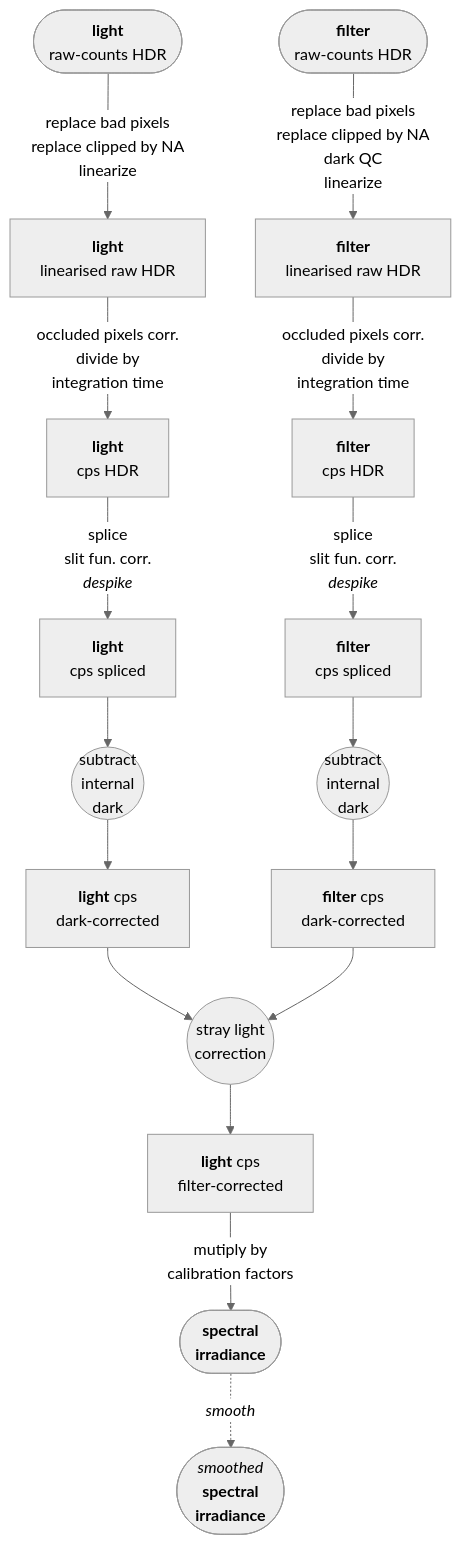
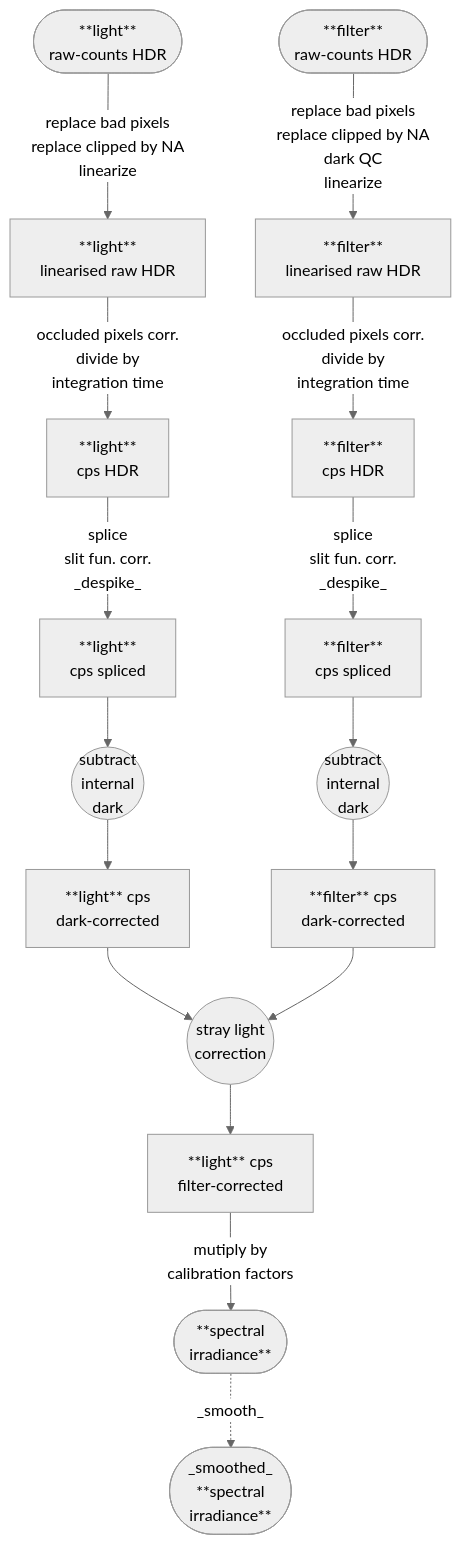
Before and after one commit to aphalo/r4p-blog: the fourth of 4 diagrams in pages/ooacquire-algorithms.qmd, drawn with Mermaid (neutral theme). The commit also changed other lines of this file and 8 other files, not shown here.

Commit message:
Update ooacquire algorithms Mermaid diagrams

````diff
--- a/pages/ooacquire-algorithms.qmd
+++ b/pages/ooacquire-algorithms.qmd
@@ -250,26 +250,26 @@
 ```{mermaid}
 %%| label: fig-data-flow-no-dark
 %%| fig-cap: Data flow for conversion of raw-counts into spectral irradiance when using the protocols `"lf"` or `"fl"`. The **dark** spectrum is never spliced as the longest integration time is the best across all wavelengths and used as is. QC stands for Quality Control and is applied to wavelengths expected to be subject only to dark noise.
 %%| fig-align: center
 %%| 
 flowchart TB
 
-lr([<b>light</b>\nraw-counts HDR]) --replace bad pixels\nreplace clipped by NA\nlinearize--> ll[<b>light</b>\nlinearised raw HDR]
--->|occluded pixels corr.\ndivide by\nintegration time| lc[<b>light</b>\ncps HDR] 
---splice\nslit fun. corr.\n<i>despike</i>--> l[<b>light</b>\ncps spliced]
+lr([**light**<br>raw-counts HDR]) --replace bad pixels<br>replace clipped by NA<br>linearize--> ll[**light**<br>linearised raw HDR]
+-->|occluded pixels corr.<br>divide by<br>integration time| lc[**light**<br>cps HDR] 
+--splice<br>slit fun. corr.<br>_despike_--> l[**light**<br>cps spliced]
 
-fr([<b>filter</b>\nraw-counts HDR]) --replace bad pixels\nreplace clipped by NA\ndark QC\nlinearize
---> fl[<b>filter</b>\nlinearised raw HDR]
--->|occluded pixels corr.\ndivide by\nintegration time| fc[<b>filter</b>\ncps HDR] 
---splice\nslit fun. corr.\n<i>despike</i>--> f[<b>filter</b>\ncps spliced]
+fr([**filter**<br>raw-counts HDR]) --replace bad pixels<br>replace clipped by NA<br>dark QC<br>linearize
+--> fl[**filter**<br>linearised raw HDR]
+-->|occluded pixels corr.<br>divide by<br>integration time| fc[**filter**<br>cps HDR] 
+--splice<br>slit fun. corr.<br>_despike_--> f[**filter**<br>cps spliced]
 
-l --> lm(("subtract\ninternal\ndark")) --> ldc[<b>light</b> cps\ndark-corrected]
-f --> fm(("subtract\ninternal\ndark")) --> fdc[<b>filter</b> cps\ndark-corrected]
+l --> lm(("subtract<br>internal<br>dark")) --> ldc[**light** cps<br>dark-corrected]
+f --> fm(("subtract<br>internal<br>dark")) --> fdc[**filter** cps<br>dark-corrected]
 
-ldc --> slc(("stray light\ncorrection")) --> cc[<b>light</b> cps\nfilter-corrected]
+ldc --> slc(("stray light<br>correction")) --> cc[**light** cps<br>filter-corrected]
 fdc --> slc
 
-cc --mutiply by\ncalibration factors--> irrad([<b>spectral\nirradiance</b>])
-irrad -.->|<i>smooth</i>|sirrad([<i>smoothed</i>\n<b>spectral\nirradiance</b>]) 
+cc --mutiply by<br>calibration factors--> irrad([**spectral<br>irradiance**])
+irrad -.->|_smooth_|sirrad([_smoothed_<br>**spectral<br>irradiance**]) 
 
 ```
````
